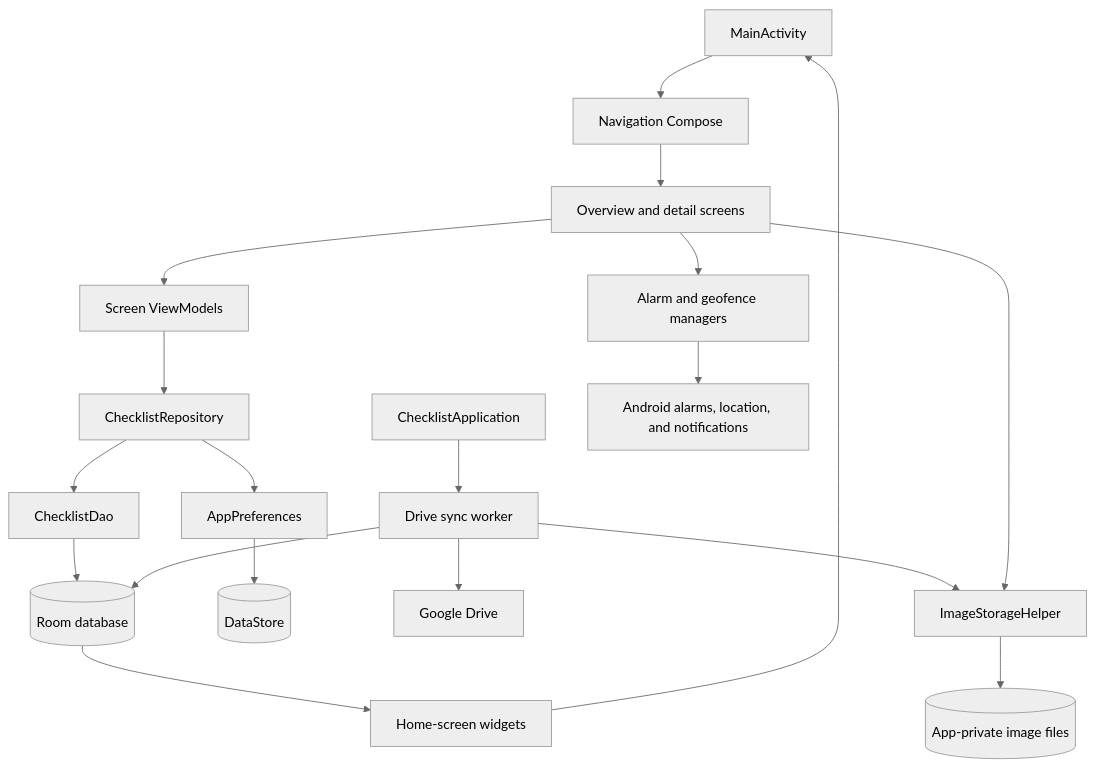
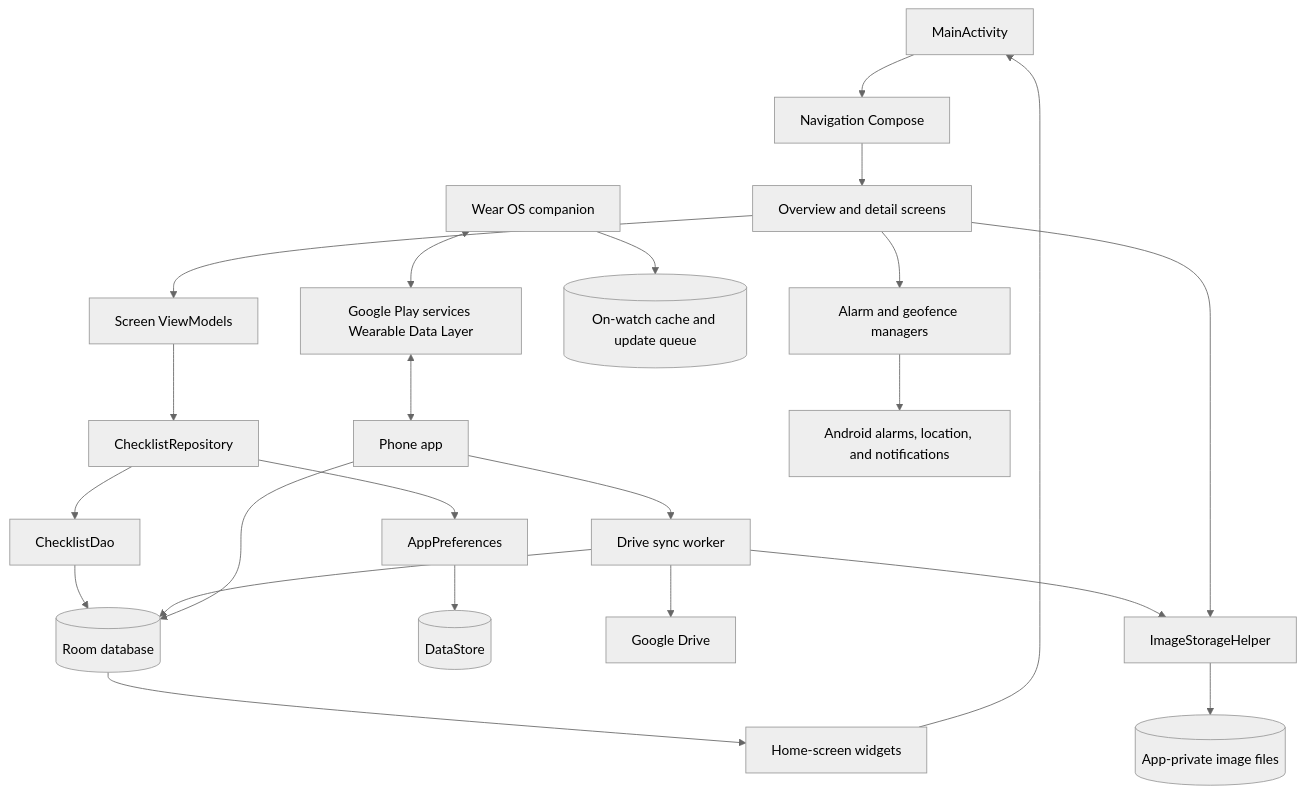
One commit to fexed/Tickfolio changed the diagram in README.MD. Above: the diagram before and after it, drawn with Mermaid (neutral theme). The commit also changed other lines of this file and 20 other files, not shown here.

Commit message:
Add Wear OS checklist companion

````diff
--- a/README.MD
+++ b/README.MD
@@ -51,21 +53,25 @@
 ```mermaid
 flowchart TD
     Activity[MainActivity] --> Nav[Navigation Compose]
     Nav --> Screens[Overview and detail screens]
     Screens --> VMs[Screen ViewModels]
     VMs --> Repo[ChecklistRepository]
     Repo --> DAO[ChecklistDao]
     DAO --> Room[(Room database)]
     Repo --> Prefs[AppPreferences]
     Prefs --> Store[(DataStore)]
     App[ChecklistApplication] --> Sync[Drive sync worker]
     Sync --> Drive[Google Drive]
     Sync --> Room
     Sync --> Images[(App-private image files)]
     Screens --> Reminders[Alarm and geofence managers]
     Reminders --> Android[Android alarms, location, and notifications]
     Screens --> Images[ImageStorageHelper]
     Images --> Files[(App-private image files)]
     Room --> Widgets[Home-screen widgets]
     Widgets --> Activity[MainActivity]
+    Wear[Wear OS companion] --> WearCache[(On-watch cache and update queue)]
+    Wear <--> DataLayer[Google Play services Wearable Data Layer]
+    DataLayer <--> App[Phone app]
+    App --> Room
 ```
````
